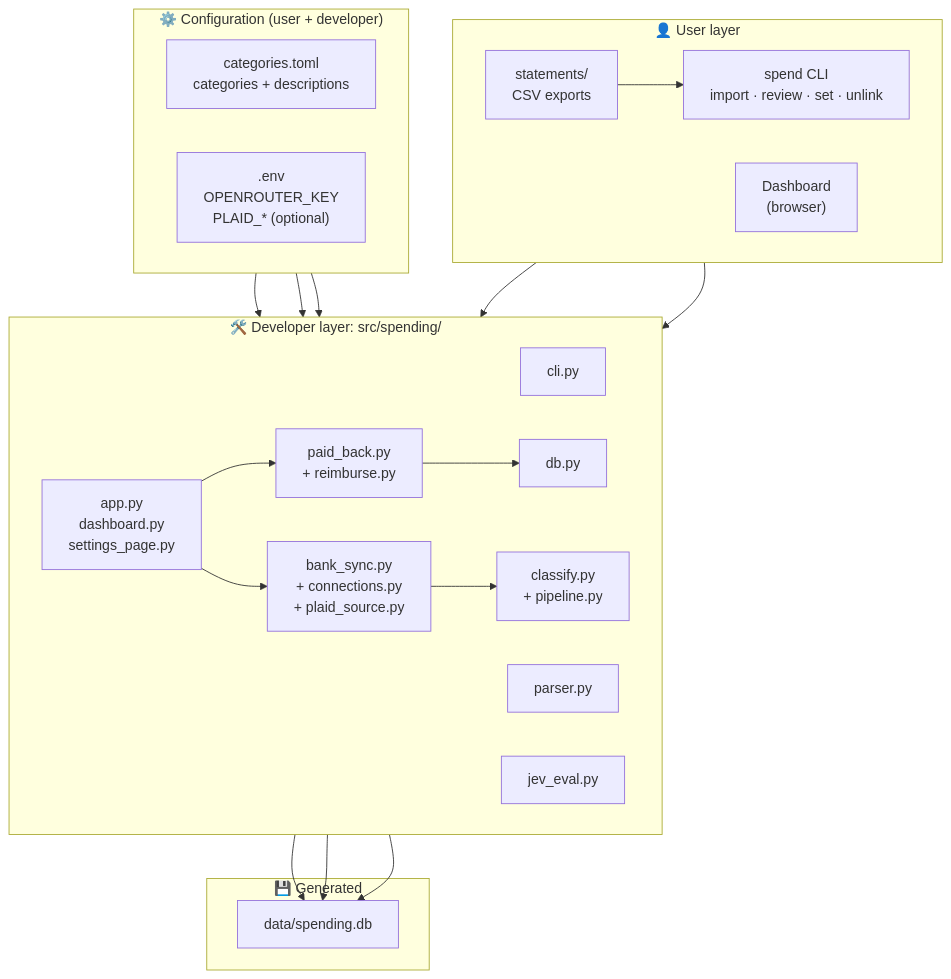
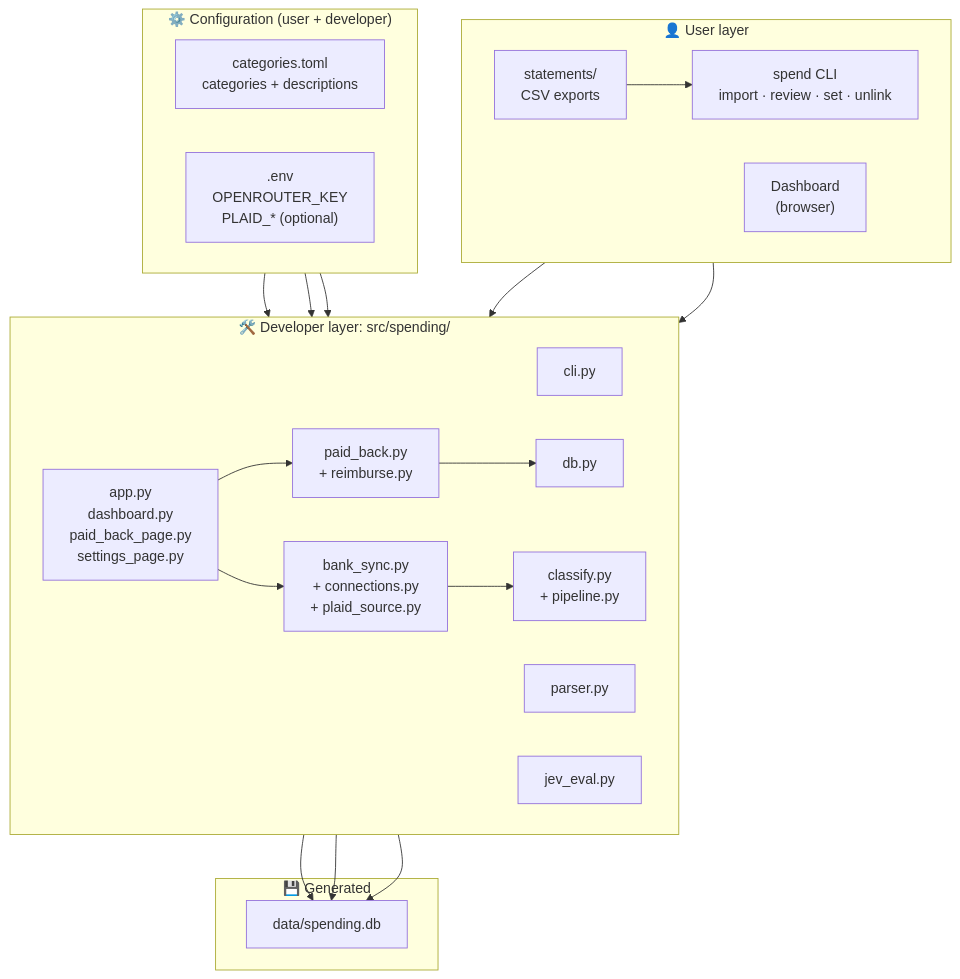
Before and after one commit to alessandrofelici/spending-tracker: the first of 4 diagrams in CONTRIBUTING.md, drawn with Mermaid. The commit also changed other lines of this file and 1 other file, not shown here.

First line of the commit message:
docs: describe the Paid back page

````diff
--- a/CONTRIBUTING.md
+++ b/CONTRIBUTING.md
@@ -86,45 +88,45 @@
 ```mermaid
 flowchart TB
     subgraph USER["👤 User layer"]
         direction LR
         U1["statements/<br/>CSV exports"]
         U2["spend CLI<br/>import · review · set · unlink"]
         U3["Dashboard<br/>(browser)"]
     end
 
     subgraph SHARED["⚙️ Configuration (user + developer)"]
         direction LR
         C1["categories.toml<br/>categories + descriptions"]
         C2[".env<br/>OPENROUTER_KEY<br/>PLAID_* (optional)"]
     end
 
     subgraph DEV["🛠️ Developer layer: src/spending/"]
         direction LR
         D1["cli.py"]
         D2["parser.py"]
         D3["classify.py<br/>+ pipeline.py"]
         D4["db.py"]
-        D5["app.py<br/>dashboard.py<br/>settings_page.py"]
+        D5["app.py<br/>dashboard.py<br/>paid_back_page.py<br/>settings_page.py"]
         D6["jev_eval.py"]
         D7["bank_sync.py<br/>+ connections.py<br/>+ plaid_source.py"]
         D8["paid_back.py<br/>+ reimburse.py"]
     end
 
     subgraph STORE["💾 Generated"]
         S1["data/spending.db"]
     end
 
     U1 --> U2
     U2 --> D1
     U3 --> D5
     D5 --> D7
     D5 --> D8
     D8 --> D4
     C1 --> D3
     C2 --> D3
     C2 --> D7
     D7 --> D3
     D4 --> S1
     D5 --> S1
     D6 --> S1
 ```
````
